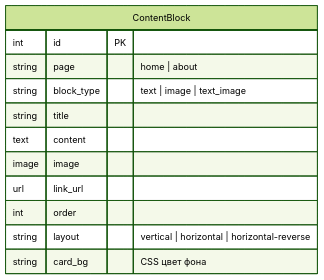
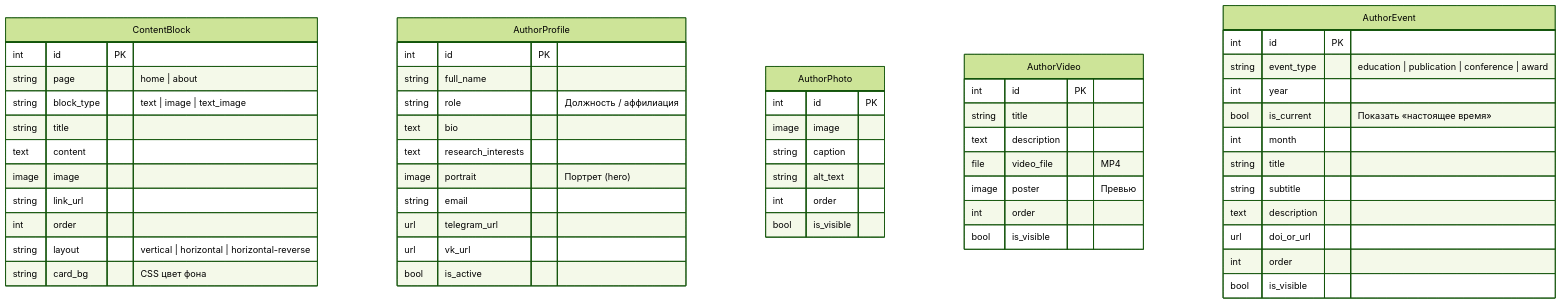
One commit to Kirill2517nv/SiteAboutMe changed the second of 10 diagrams in docs/database/er-diagram.md. Above: the diagram before and after it, drawn with Mermaid (forest theme). The commit also changed other lines of this file and 40 other files, not shown here.

````diff
--- a/docs/database/er-diagram.md
+++ b/docs/database/er-diagram.md
@@ -42,15 +58,61 @@
 ```mermaid
 erDiagram
     ContentBlock {
         int id PK
         string page "home | about"
         string block_type "text | image | text_image"
         string title
         text content
         image image
-        url link_url
+        string link_url
         int order
         string layout "vertical | horizontal | horizontal-reverse"
         string card_bg "CSS цвет фона"
     }
+
+    AuthorProfile {
+        int id PK
+        string full_name
+        string role "Должность / аффилиация"
+        text bio
+        text research_interests
+        image portrait "Портрет (hero)"
+        string email
+        url telegram_url
+        url vk_url
+        bool is_active
+    }
+
+    AuthorPhoto {
+        int id PK
+        image image
+        string caption
+        string alt_text
+        int order
+        bool is_visible
+    }
+
+    AuthorVideo {
+        int id PK
+        string title
+        text description
+        file video_file "MP4"
+        image poster "Превью"
+        int order
+        bool is_visible
+    }
+
+    AuthorEvent {
+        int id PK
+        string event_type "education | publication | conference | award"
+        int year
+        bool is_current "Показать «настоящее время»"
+        int month
+        string title
+        string subtitle
+        text description
+        url doi_or_url
+        int order
+        bool is_visible
+    }
 ```
````
